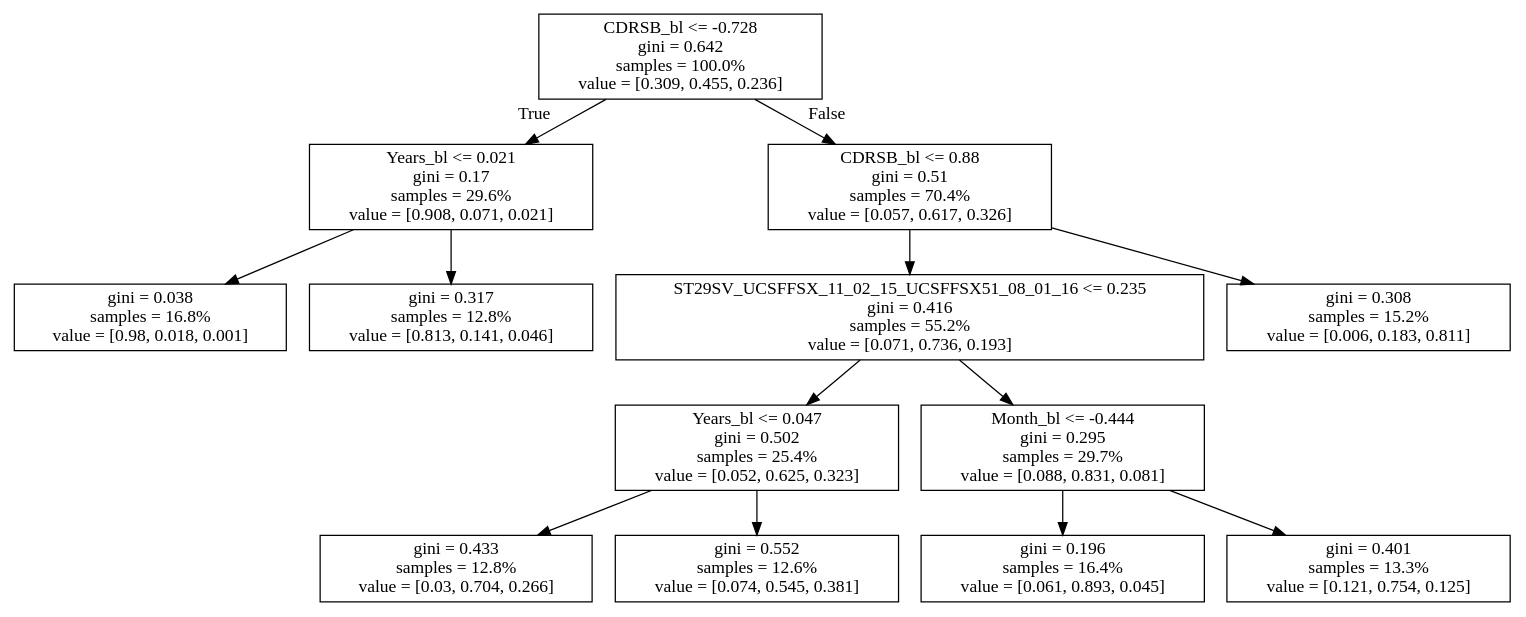
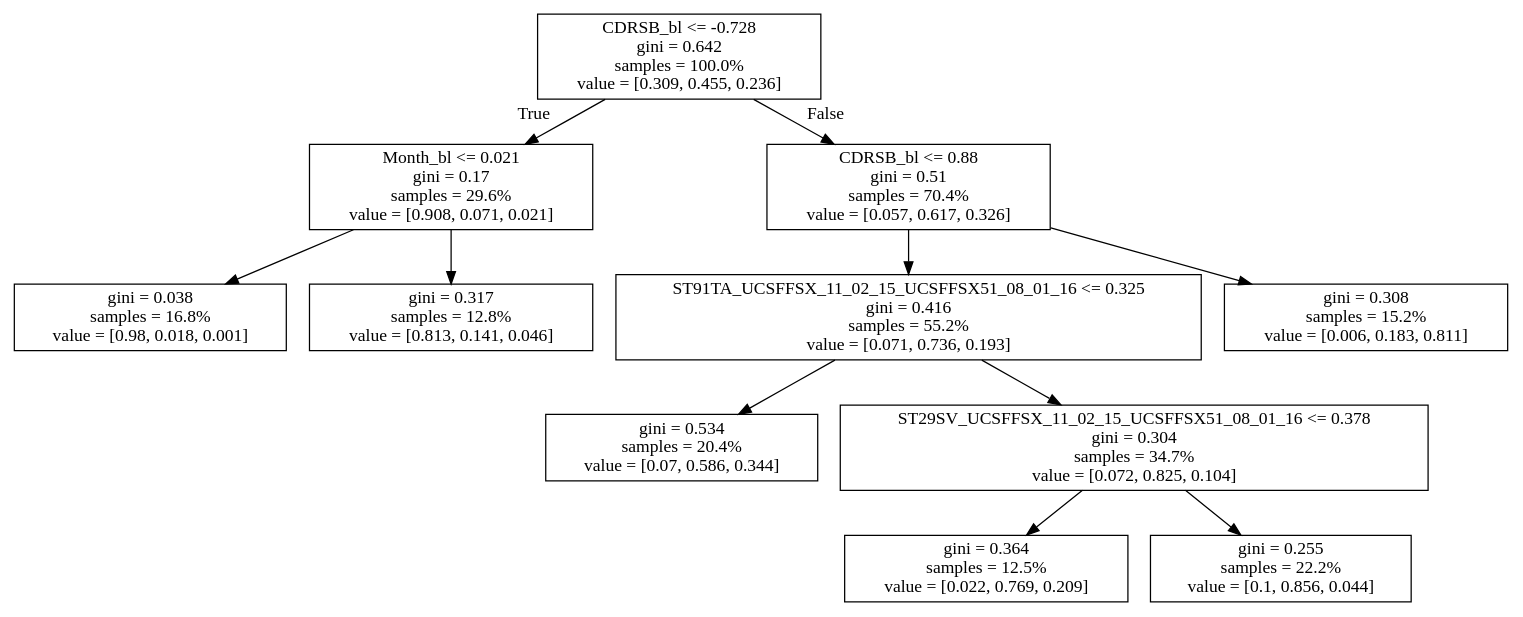
The diagram in tree_full_features.dot (ibrahim85/ad_ncirl), drawn with Graphviz before and after one commit. The commit also changed 65 other files, not shown here.

```diff
--- a/tree_full_features.dot
+++ b/tree_full_features.dot
@@ -1,28 +1,24 @@
 digraph Tree {
 node [shape=box] ;
 0 [label="CDRSB_bl <= -0.728\ngini = 0.642\nsamples = 100.0%\nvalue = [0.309, 0.455, 0.236]"] ;
-1 [label="Years_bl <= 0.021\ngini = 0.17\nsamples = 29.6%\nvalue = [0.908, 0.071, 0.021]"] ;
+1 [label="Month_bl <= 0.021\ngini = 0.17\nsamples = 29.6%\nvalue = [0.908, 0.071, 0.021]"] ;
 0 -> 1 [labeldistance=2.5, labelangle=45, headlabel="True"] ;
 2 [label="gini = 0.038\nsamples = 16.8%\nvalue = [0.98, 0.018, 0.001]"] ;
 1 -> 2 ;
 3 [label="gini = 0.317\nsamples = 12.8%\nvalue = [0.813, 0.141, 0.046]"] ;
 1 -> 3 ;
 4 [label="CDRSB_bl <= 0.88\ngini = 0.51\nsamples = 70.4%\nvalue = [0.057, 0.617, 0.326]"] ;
 0 -> 4 [labeldistance=2.5, labelangle=-45, headlabel="False"] ;
-5 [label="ST29SV_UCSFFSX_11_02_15_UCSFFSX51_08_01_16 <= 0.235\ngini = 0.416\nsamples = 55.2%\nvalue = [0.071, 0.736, 0.193]"] ;
+5 [label="ST91TA_UCSFFSX_11_02_15_UCSFFSX51_08_01_16 <= 0.325\ngini = 0.416\nsamples = 55.2%\nvalue = [0.071, 0.736, 0.193]"] ;
 4 -> 5 ;
-6 [label="Years_bl <= 0.047\ngini = 0.502\nsamples = 25.4%\nvalue = [0.052, 0.625, 0.323]"] ;
+6 [label="gini = 0.534\nsamples = 20.4%\nvalue = [0.07, 0.586, 0.344]"] ;
 5 -> 6 ;
-7 [label="gini = 0.433\nsamples = 12.8%\nvalue = [0.03, 0.704, 0.266]"] ;
-6 -> 7 ;
-8 [label="gini = 0.552\nsamples = 12.6%\nvalue = [0.074, 0.545, 0.381]"] ;
-6 -> 8 ;
-9 [label="Month_bl <= -0.444\ngini = 0.295\nsamples = 29.7%\nvalue = [0.088, 0.831, 0.081]"] ;
-5 -> 9 ;
-10 [label="gini = 0.196\nsamples = 16.4%\nvalue = [0.061, 0.893, 0.045]"] ;
-9 -> 10 ;
-11 [label="gini = 0.401\nsamples = 13.3%\nvalue = [0.121, 0.754, 0.125]"] ;
-9 -> 11 ;
-12 [label="gini = 0.308\nsamples = 15.2%\nvalue = [0.006, 0.183, 0.811]"] ;
-4 -> 12 ;
+7 [label="ST29SV_UCSFFSX_11_02_15_UCSFFSX51_08_01_16 <= 0.378\ngini = 0.304\nsamples = 34.7%\nvalue = [0.072, 0.825, 0.104]"] ;
+5 -> 7 ;
+8 [label="gini = 0.364\nsamples = 12.5%\nvalue = [0.022, 0.769, 0.209]"] ;
+7 -> 8 ;
+9 [label="gini = 0.255\nsamples = 22.2%\nvalue = [0.1, 0.856, 0.044]"] ;
+7 -> 9 ;
+10 [label="gini = 0.308\nsamples = 15.2%\nvalue = [0.006, 0.183, 0.811]"] ;
+4 -> 10 ;
 }
```
